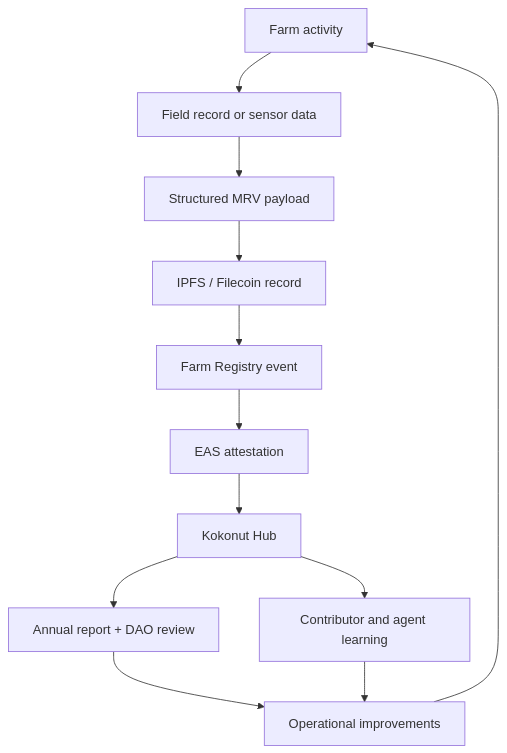
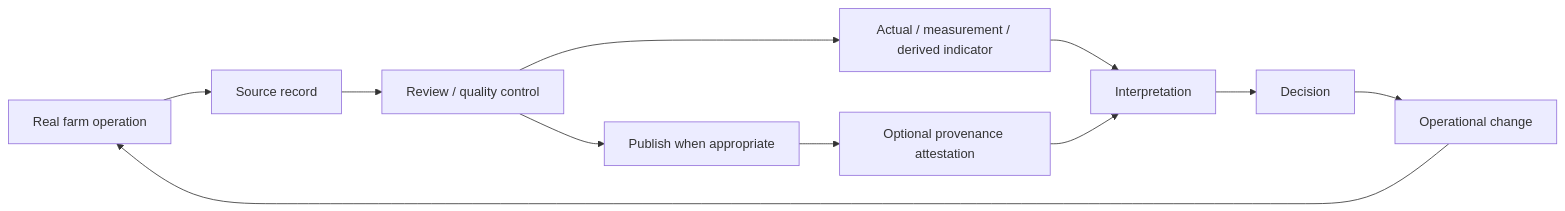
The first of 3 diagrams in kokonut-framework/development-phases/phase-iv.mdx (wasalo/Kokonut-Public-Site), drawn with Mermaid before and after one commit. The commit also changed other lines of this file, not shown here.

Commit message:
docs(kokonut-framework): improve Phase IV continuous evidence

````diff
--- a/kokonut-framework/development-phases/phase-iv.mdx
+++ b/kokonut-framework/development-phases/phase-iv.mdx
@@ -80,15 +85,14 @@
 ```mermaid
-flowchart TD
-    A["Farm activity"] --> B["Field record or sensor data"]
-    B --> C["Structured MRV payload"]
-    C --> D["IPFS / Filecoin record"]
-    D --> E["Farm Registry event"]
-    E --> F["EAS attestation"]
-    F --> G["Kokonut Hub"]
-    G --> H["Annual report + DAO review"]
-    H --> I["Operational improvements"]
-    I --> A
+flowchart LR
+    A["Real farm operation"] --> B["Source record"]
+    B --> C["Review / quality control"]
+    C --> D["Actual / measurement / derived indicator"]
+    D --> E["Interpretation"]
+    E --> F["Decision"]
+    F --> G["Operational change"]
+    G --> A
 
-    G --> J["Contributor and agent learning"]
-    J --> I
+    C --> H["Publish when appropriate"]
+    H --> I["Optional provenance attestation"]
+    I --> E
 ```
````
